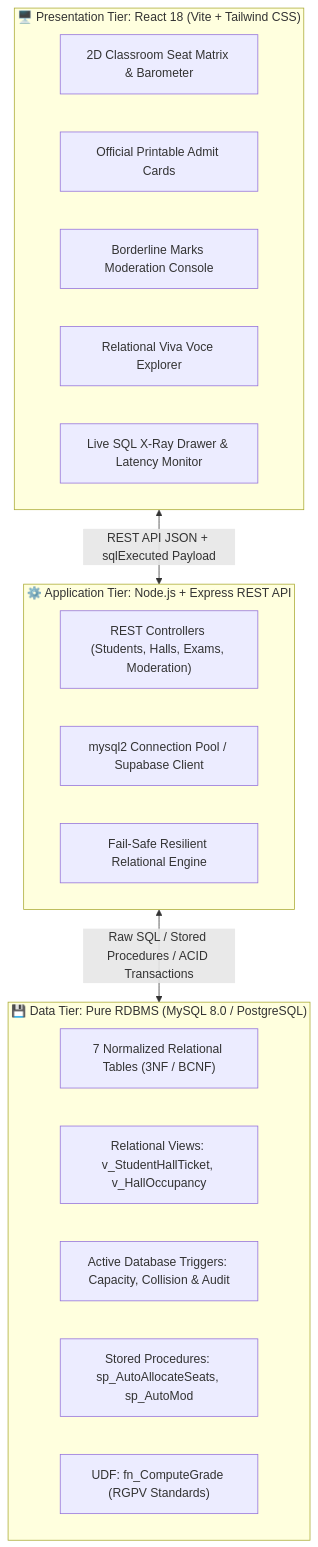
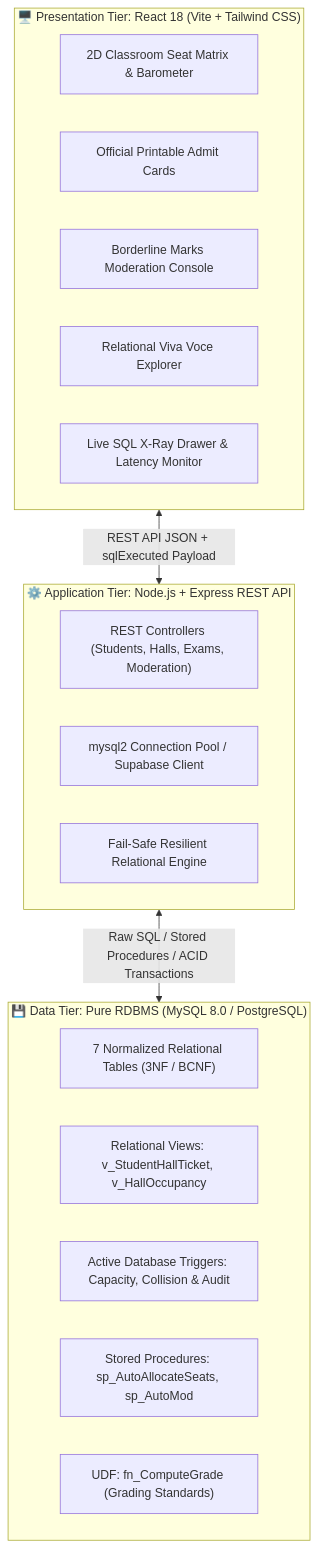
The first of 2 diagrams in README.md (itsdarshanjain/exam-matrix-dbms), drawn with Mermaid before and after one commit. The commit also changed other lines of this file and 6 other files, not shown here.

````diff
--- a/README.md
+++ b/README.md
@@ -60,27 +62,27 @@
 ```mermaid
 flowchart TD
     subgraph Client["🖥️ Presentation Tier: React 18 (Vite + Tailwind CSS)"]
         UI1["2D Classroom Seat Matrix & Barometer"]
         UI2["Official Printable Admit Cards"]
         UI3["Borderline Marks Moderation Console"]
         UI4["Relational Viva Voce Explorer"]
         XRAY["Live SQL X-Ray Drawer & Latency Monitor"]
     end
 
     subgraph Server["⚙️ Application Tier: Node.js + Express REST API"]
         API["REST Controllers (Students, Halls, Exams, Moderation)"]
         CONN["mysql2 Connection Pool / Supabase Client"]
         SIM["Fail-Safe Resilient Relational Engine"]
     end
 
     subgraph Storage["💾 Data Tier: Pure RDBMS (MySQL 8.0 / PostgreSQL)"]
         T["7 Normalized Relational Tables (3NF / BCNF)"]
         V["Relational Views: v_StudentHallTicket, v_HallOccupancy"]
         TRG["Active Database Triggers: Capacity, Collision & Audit"]
         SP["Stored Procedures: sp_AutoAllocateSeats, sp_AutoMod"]
-        FN["UDF: fn_ComputeGrade (RGPV Standards)"]
+        FN["UDF: fn_ComputeGrade (Grading Standards)"]
     end
 
     Client <-->|REST API JSON + sqlExecuted Payload| Server
     Server <-->|Raw SQL / Stored Procedures / ACID Transactions| Storage
 ```
````
